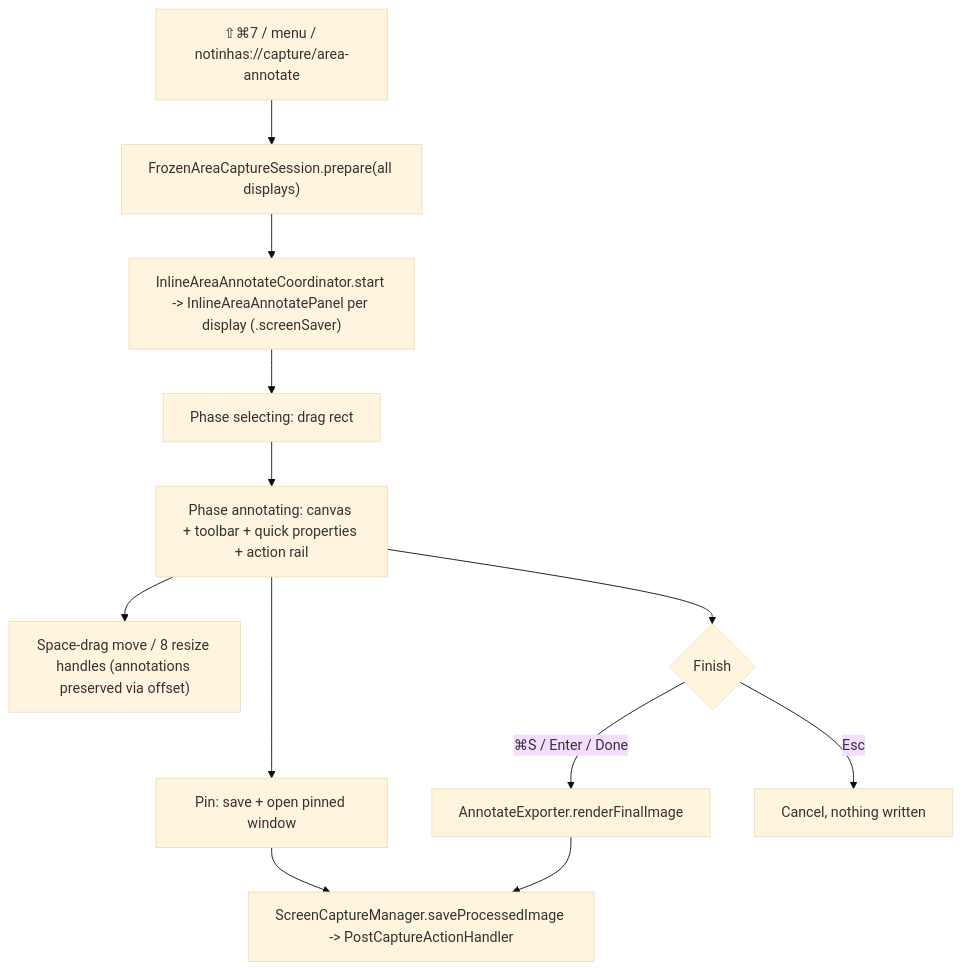
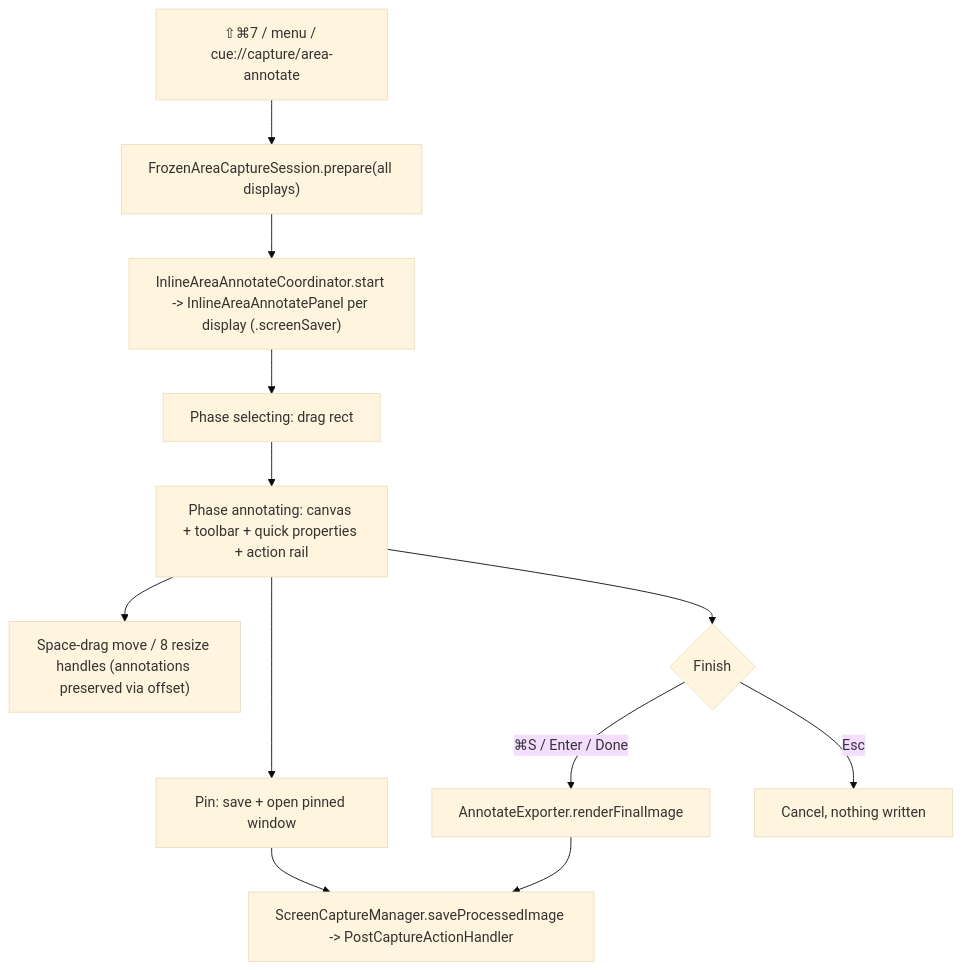
The second of 2 diagrams in docs/ANNOTATE.md (mourato/Cue), drawn with Mermaid (base theme) before and after one commit. The commit also changed other lines of this file and 60 other files, not shown here.

````diff
--- a/docs/ANNOTATE.md
+++ b/docs/ANNOTATE.md
@@ -156,14 +156,14 @@
 ```mermaid
 flowchart TD
-    A["⇧⌘7 / menu / notinhas://capture/area-annotate"] --> B["FrozenAreaCaptureSession.prepare(all displays)"]
+    A["⇧⌘7 / menu / cue://capture/area-annotate"] --> B["FrozenAreaCaptureSession.prepare(all displays)"]
     B --> C["InlineAreaAnnotateCoordinator.start -> InlineAreaAnnotatePanel per display (.screenSaver)"]
     C --> D["Phase selecting: drag rect"]
     D --> E["Phase annotating: canvas + toolbar + quick properties + action rail"]
     E --> F["Space-drag move / 8 resize handles (annotations preserved via offset)"]
     E --> G["Pin: save + open pinned window"]
     E --> H{"Finish"}
     H -->|⌘S / Enter / Done| I["AnnotateExporter.renderFinalImage"]
     H -->|Esc| J["Cancel, nothing written"]
     I --> K["ScreenCaptureManager.saveProcessedImage -> PostCaptureActionHandler"]
     G --> K
 ```
````
